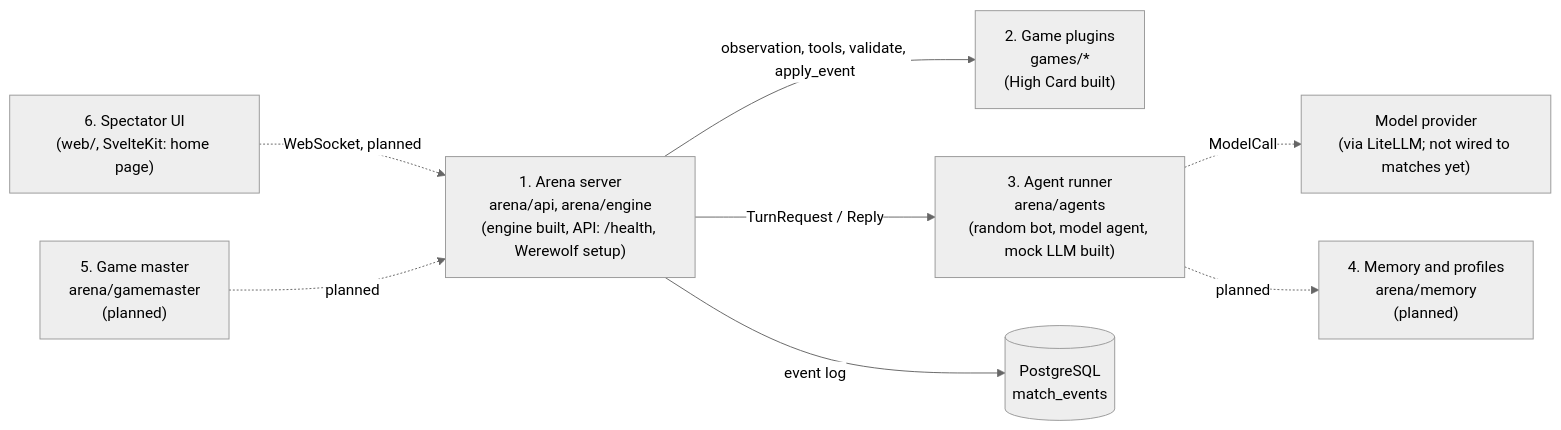
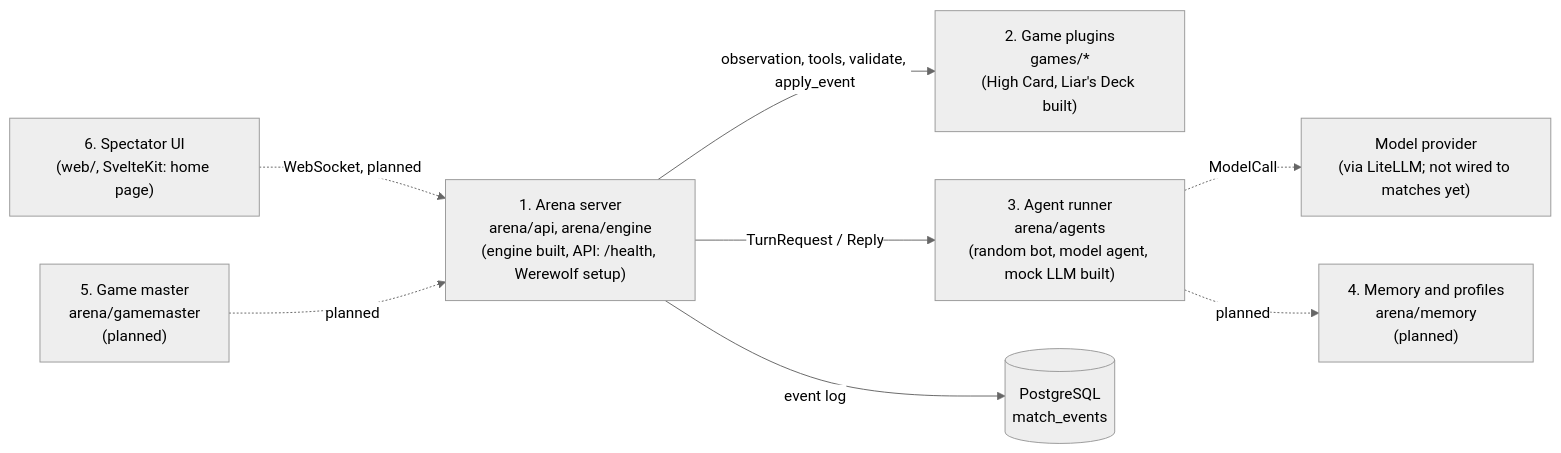
Before and after one commit to NwebNotFound/aigameversus: the first of 3 diagrams in docs/ARCHITECTURE.md, drawn with Mermaid (neutral theme). The commit also changed other lines of this file and 2 other files, not shown here.

Commit message:
feat(liars_deck): rules engine with both variants, random bot and tests (steps 2.1, 2.2)
GamePlugin for Liar's Deck: seeded deal and secret per-player revolver,
turn order with skipped empty hands, play 1-3 cards with a claim, call
"Liar!" revealing only the last play, shooter rule, rising revolver risk,
elimination and new rounds, automatic call when one player holds cards,
and the devil-card variant (D-021). Observations never carry other hands,
unrevealed played cards or chambers. Random bot, render_spec, D-033.

````diff
--- a/docs/ARCHITECTURE.md
+++ b/docs/ARCHITECTURE.md
@@ -8,18 +8,18 @@
 ```mermaid
 flowchart LR
     UI["6. Spectator UI<br/>(web/, SvelteKit: home page)"]
     SRV["1. Arena server<br/>arena/api, arena/engine<br/>(engine built, API: /health, Werewolf setup)"]
-    PLG["2. Game plugins<br/>games/*<br/>(High Card built)"]
+    PLG["2. Game plugins<br/>games/*<br/>(High Card, Liar's Deck built)"]
     AGT["3. Agent runner<br/>arena/agents<br/>(random bot, model agent, mock LLM built)"]
     LLM["Model provider<br/>(via LiteLLM; not wired to matches yet)"]
     MEM["4. Memory and profiles<br/>arena/memory<br/>(planned)"]
     GM["5. Game master<br/>arena/gamemaster<br/>(planned)"]
     DB[("PostgreSQL<br/>match_events")]
     UI -. "WebSocket, planned" .-> SRV
     SRV -->|"observation, tools, validate, apply_event"| PLG
     SRV -->|"TurnRequest / Reply"| AGT
     AGT -. "ModelCall" .-> LLM
     AGT -. "planned" .-> MEM
     GM -. "planned" .-> SRV
     SRV -->|"event log"| DB
 ```
````
